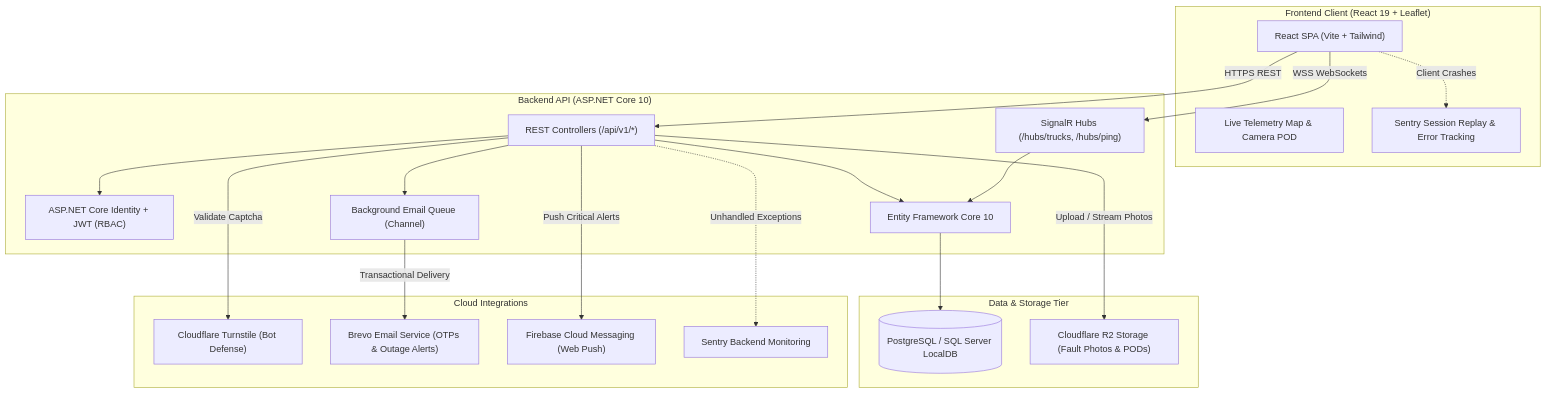
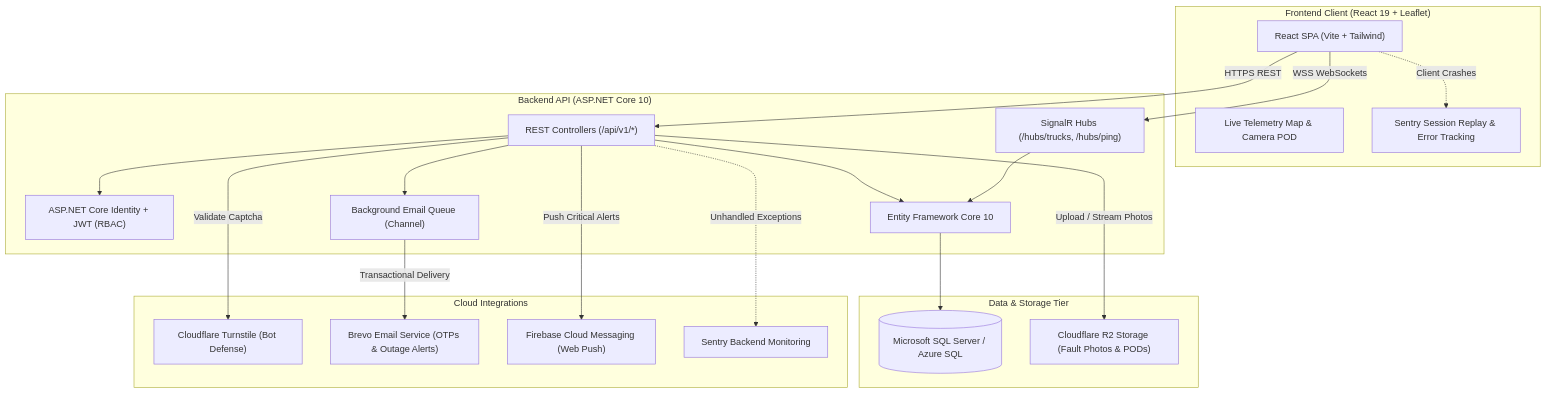
The diagram in README.md (Sisekelo-Masombuka/AqueBophelo), drawn with Mermaid before and after one commit. The commit also changed other lines of this file and 9 other files, not shown here.

````diff
--- a/README.md
+++ b/README.md
@@ -175,42 +175,42 @@
 ```mermaid
 flowchart TD
     subgraph Client["Frontend Client (React 19 + Leaflet)"]
         SPA["React SPA (Vite + Tailwind)"]
         Map["Live Telemetry Map & Camera POD"]
         SentryFE["Sentry Session Replay & Error Tracking"]
     end
 
     subgraph Backend["Backend API (ASP.NET Core 10)"]
         API["REST Controllers (/api/v1/*)"]
         SignalR["SignalR Hubs (/hubs/trucks, /hubs/ping)"]
         Auth["ASP.NET Core Identity + JWT (RBAC)"]
         Queue["Background Email Queue (Channel<T>)"]
         EF["Entity Framework Core 10"]
     end
 
     subgraph Storage["Data & Storage Tier"]
-        DB[("PostgreSQL / SQL Server LocalDB")]
+        DB[("Microsoft SQL Server / Azure SQL")]
         R2["Cloudflare R2 Storage (Fault Photos & PODs)"]
     end
 
     subgraph External["Cloud Integrations"]
         Turnstile["Cloudflare Turnstile (Bot Defense)"]
         Brevo["Brevo Email Service (OTPs & Outage Alerts)"]
         FCM["Firebase Cloud Messaging (Web Push)"]
         SentryBE["Sentry Backend Monitoring"]
     end
 
     SPA -->|HTTPS REST| API
     SPA -->|WSS WebSockets| SignalR
     API --> Auth
     API --> EF
     SignalR --> EF
     EF --> DB
     API -->|Upload / Stream Photos| R2
     API --> Queue
     Queue -->|Transactional Delivery| Brevo
     API -->|Validate Captcha| Turnstile
     API -->|Push Critical Alerts| FCM
     API -.->|Unhandled Exceptions| SentryBE
     SPA -.->|Client Crashes| SentryFE
 ```
````
